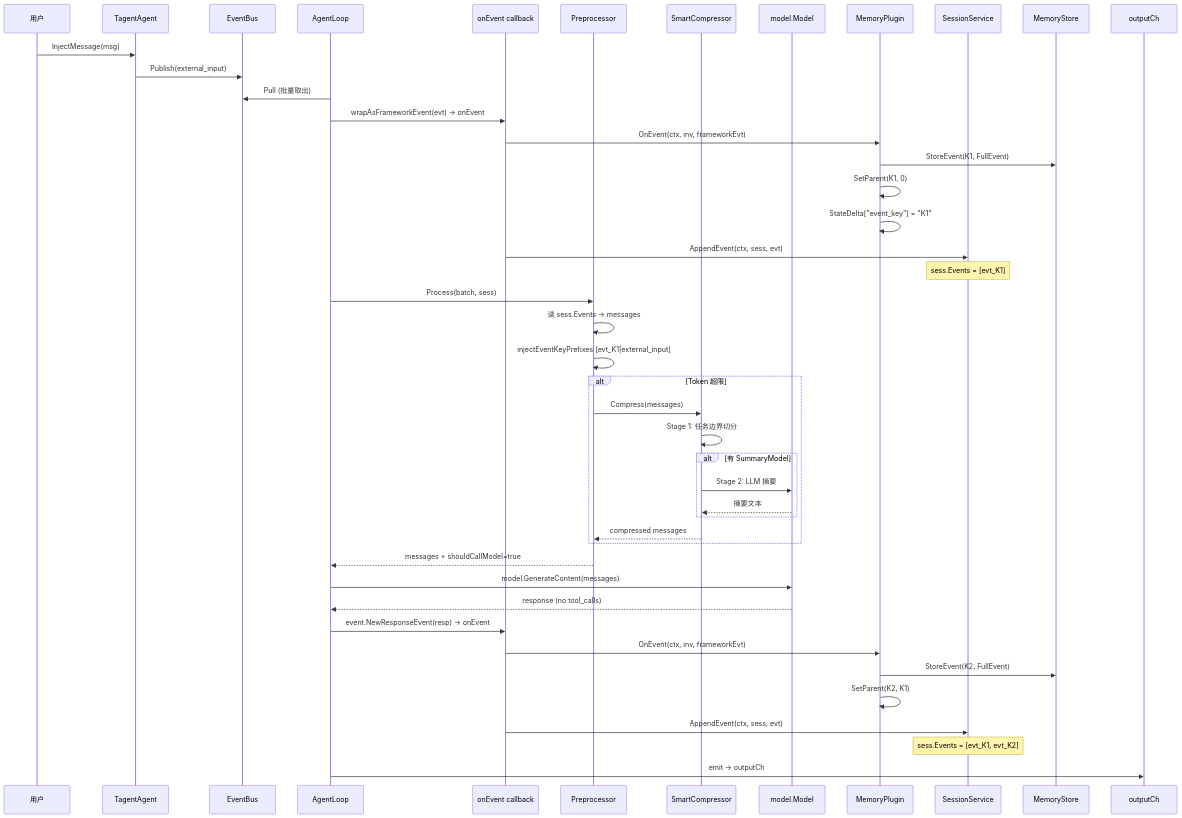
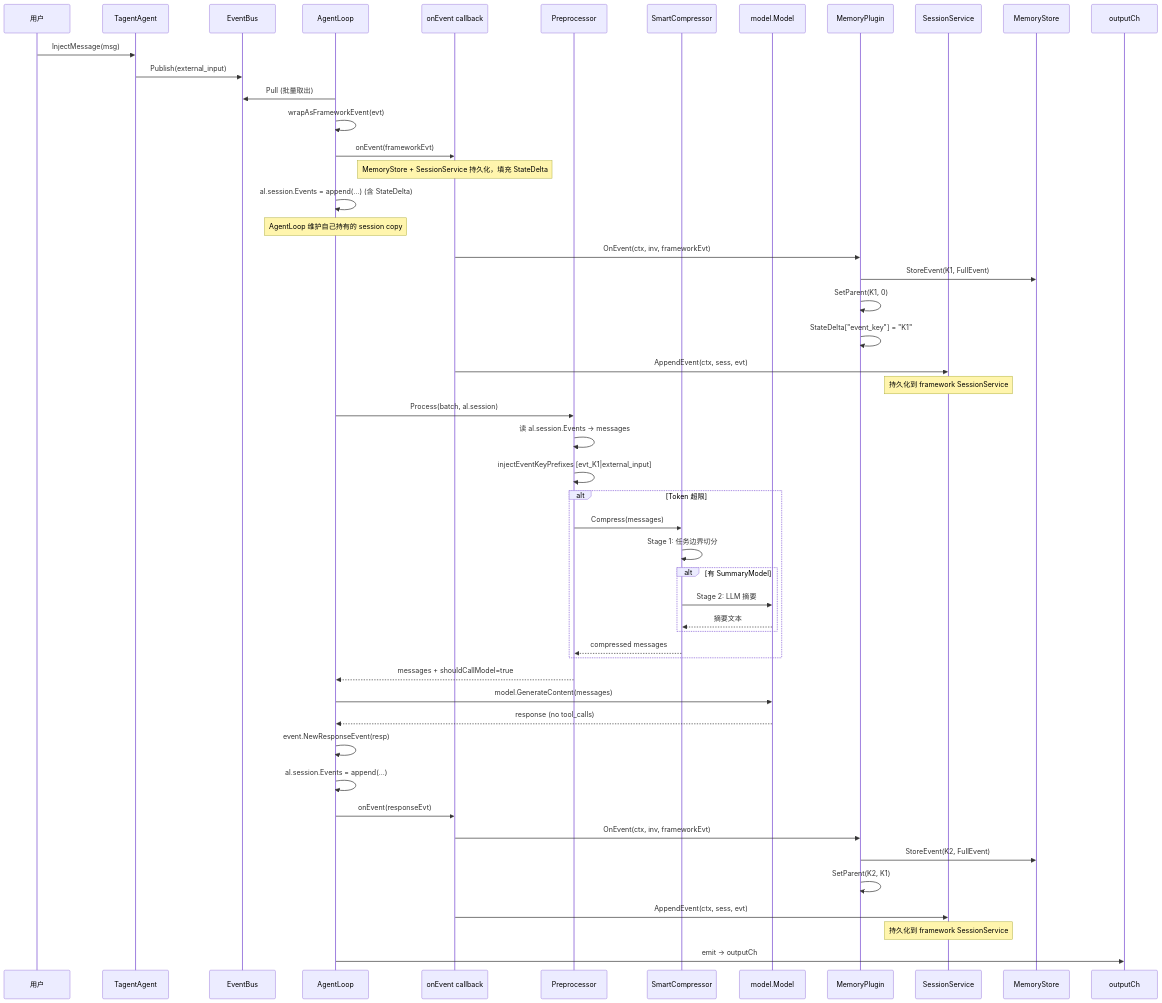
The second of 8 diagrams in docs/wiki/agent/agent-architecture.md (SpellingDragon/tagent), drawn with Mermaid before and after one commit. The commit also changed other lines of this file and 6 other files, not shown here.

First line of the commit message:
fix(agent): AgentLoop session copy maintenance and sub-agent Run session

````diff
--- a/docs/wiki/agent/agent-architecture.md
+++ b/docs/wiki/agent/agent-architecture.md
@@ -438,54 +450,60 @@
 ```mermaid
 sequenceDiagram
     participant U as 用户
     participant TA as TagentAgent
     participant EB as EventBus
     participant AL as AgentLoop
     participant OE as onEvent callback
     participant PP as Preprocessor
     participant SC as SmartCompressor
     participant LLM as model.Model
     participant MP as MemoryPlugin
     participant SS as SessionService
     participant MS as MemoryStore
     participant OC as outputCh
 
     U->>TA: InjectMessage(msg)
     TA->>EB: Publish(external_input)
 
     AL->>EB: Pull (批量取出)
-    AL->>OE: wrapAsFrameworkEvent(evt) → onEvent
+    AL->>AL: wrapAsFrameworkEvent(evt)
+    AL->>OE: onEvent(frameworkEvt)
+    Note over OE: MemoryStore + SessionService 持久化，填充 StateDelta
+    AL->>AL: al.session.Events = append(...) (含 StateDelta)
+    Note over AL: AgentLoop 维护自己持有的 session copy
     OE->>MP: OnEvent(ctx, inv, frameworkEvt)
     MP->>MS: StoreEvent(K1, FullEvent)
     MP->>MP: SetParent(K1, 0)
     MP->>MP: StateDelta["event_key"] = "K1"
     OE->>SS: AppendEvent(ctx, sess, evt)
-    Note over SS: sess.Events = [evt_K1]
+    Note over SS: 持久化到 framework SessionService
 
-    AL->>PP: Process(batch, sess)
-    PP->>PP: 读 sess.Events → messages
+    AL->>PP: Process(batch, al.session)
+    PP->>PP: 读 al.session.Events → messages
     PP->>PP: injectEventKeyPrefixes [evt_K1|external_input]
 
     alt Token 超限
         PP->>SC: Compress(messages)
         SC->>SC: Stage 1: 任务边界切分
         alt 有 SummaryModel
             SC->>LLM: Stage 2: LLM 摘要
             LLM-->>SC: 摘要文本
         end
         SC-->>PP: compressed messages
     end
     PP-->>AL: messages + shouldCallModel=true
 
     AL->>LLM: model.GenerateContent(messages)
     LLM-->>AL: response (no tool_calls)
 
-    AL->>OE: event.NewResponseEvent(resp) → onEvent
+    AL->>AL: event.NewResponseEvent(resp)
+    AL->>AL: al.session.Events = append(...)
+    AL->>OE: onEvent(responseEvt)
     OE->>MP: OnEvent(ctx, inv, frameworkEvt)
     MP->>MS: StoreEvent(K2, FullEvent)
     MP->>MP: SetParent(K2, K1)
     OE->>SS: AppendEvent(ctx, sess, evt)
-    Note over SS: sess.Events = [evt_K1, evt_K2]
+    Note over SS: 持久化到 framework SessionService
 
     AL->>OC: emit → outputCh
 ```
````
